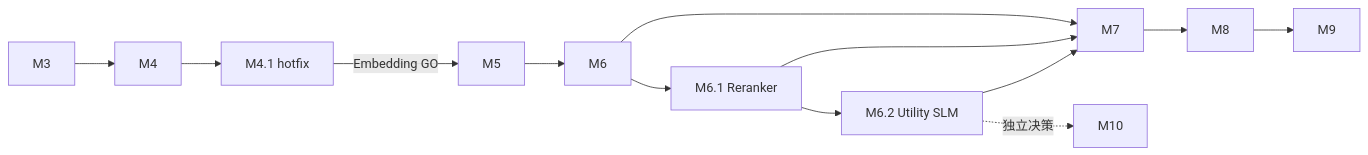
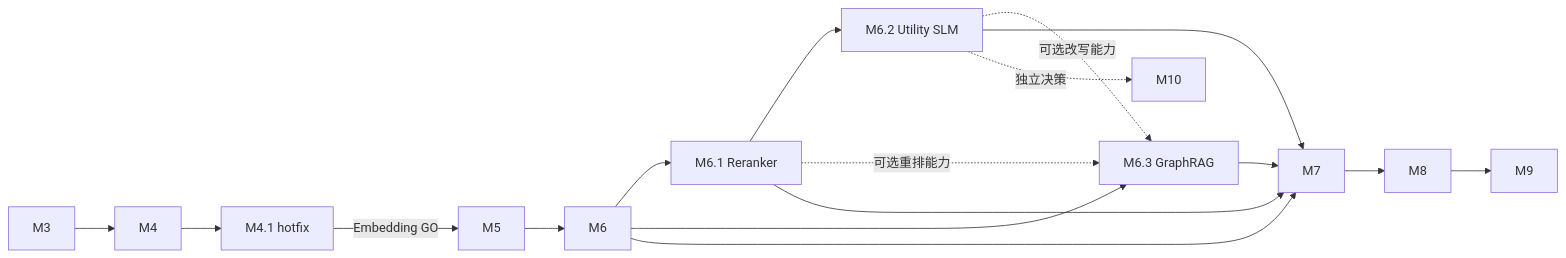
Before and after one commit to Wanjin5508/vault-coach: the diagram in kb/v1.3.4后续开发日志/开发规划与过程记录/v1.5-开发日志/00-v1.5-开发总览与学习路线.md, drawn with Mermaid. The commit also changed other lines of this file and 13 other files, not shown here.

````diff
--- a/kb/v1.3.4后续开发日志/开发规划与过程记录/v1.5-开发日志/00-v1.5-开发总览与学习路线.md
+++ b/kb/v1.3.4后续开发日志/开发规划与过程记录/v1.5-开发日志/00-v1.5-开发总览与学习路线.md
@@ -44,15 +47,19 @@
 ```mermaid
 flowchart LR
     M3 --> M4
     M4 --> M4_1["M4.1 hotfix"]
     M4_1 -->|Embedding GO| M5
     M5 --> M6
     M6 --> M61[M6.1 Reranker]
     M61 --> M62[M6.2 Utility SLM]
+    M6 --> M63[M6.3 GraphRAG]
+    M61 -. 可选重排能力 .-> M63
+    M62 -. 可选改写能力 .-> M63
     M6 --> M7
     M61 --> M7
     M62 --> M7
+    M63 --> M7
     M7 --> M8
     M8 --> M9
     M62 -. 独立决策 .-> M10
 ```
````
